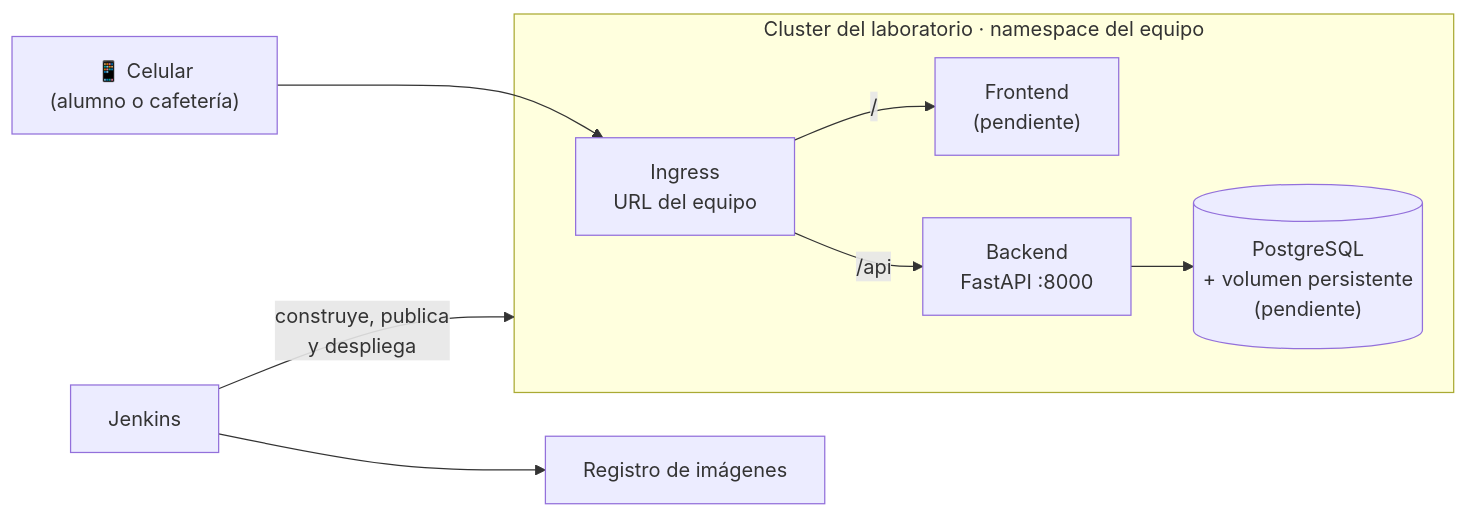
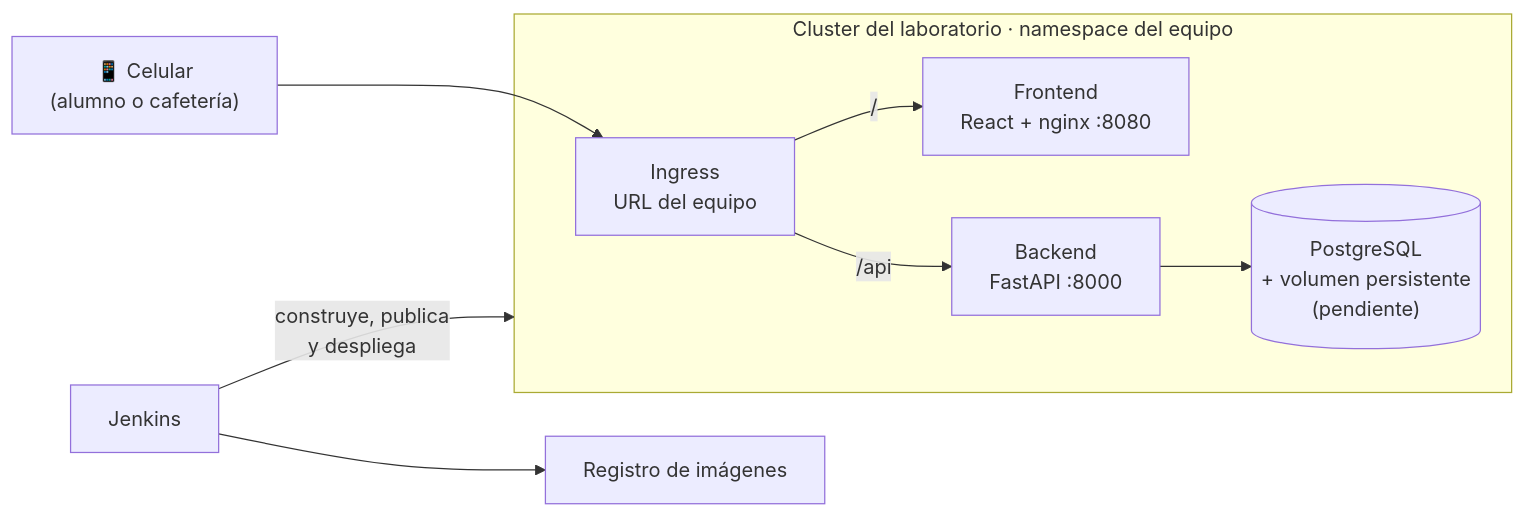
The first of 4 diagrams in architecture.md (guilleacq/devops-project-cafeteria), drawn with Mermaid before and after one commit. The commit also changed other lines of this file and 32 other files, not shown here.

First line of the commit message:
Agregar el frontend (React + Vite) servido con nginx

````diff
--- a/architecture.md
+++ b/architecture.md
@@ -58,20 +59,20 @@
 ```mermaid
 flowchart LR
     phone["📱 Celular<br/>(alumno o cafetería)"]
 
     subgraph cluster["Cluster del laboratorio · namespace del equipo"]
         ingress["Ingress<br/>URL del equipo"]
-        frontend["Frontend<br/>(pendiente)"]
+        frontend["Frontend<br/>React + nginx :8080"]
         backend["Backend<br/>FastAPI :8000"]
         db[("PostgreSQL<br/>+ volumen persistente<br/>(pendiente)")]
     end
 
     jenkins["Jenkins"] -->|"construye, publica<br/>y despliega"| cluster
     registry["Registro de imágenes"]
     jenkins --> registry
 
     phone --> ingress
     ingress -->|"/"| frontend
     ingress -->|"/api"| backend
     backend --> db
 ```
````
